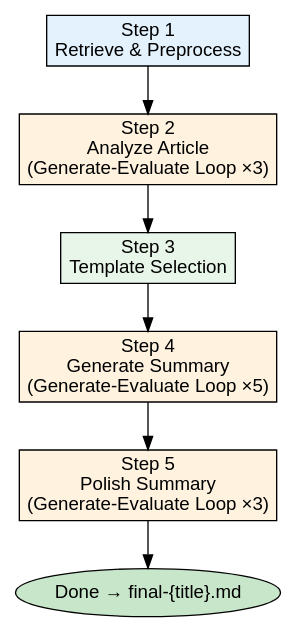
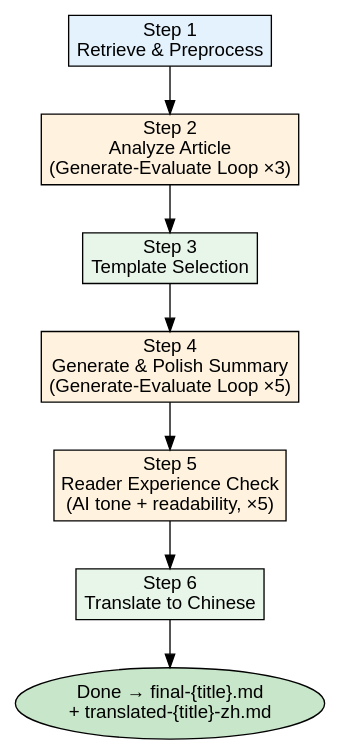
Before and after one commit to liuyanhui/yiyue31-skills: the first of 2 diagrams in yiyue31-summary/README.md, drawn with Graphviz. The commit also changed other lines of this file and 9 other files, not shown here.

````diff
--- a/yiyue31-summary/README.md
+++ b/yiyue31-summary/README.md
@@ -35,20 +35,22 @@
 ```dot
 digraph workflow {
     rankdir=TB;
     node [shape=box, style=filled, fillcolor="#f5f5f5", fontname="Arial"];
     edge [fontname="Arial", fontsize=10];
 
     step1 [label="Step 1\nRetrieve & Preprocess", fillcolor="#e3f2fd"];
     step2 [label="Step 2\nAnalyze Article\n(Generate-Evaluate Loop ×3)", fillcolor="#fff3e0"];
     step3 [label="Step 3\nTemplate Selection", fillcolor="#e8f5e9"];
-    step4 [label="Step 4\nGenerate Summary\n(Generate-Evaluate Loop ×5)", fillcolor="#fff3e0"];
-    step5 [label="Step 5\nPolish Summary\n(Generate-Evaluate Loop ×3)", fillcolor="#fff3e0"];
-    done [label="Done → final-{title}.md", shape=ellipse, fillcolor="#c8e6c9"];
+    step4 [label="Step 4\nGenerate & Polish Summary\n(Generate-Evaluate Loop ×5)", fillcolor="#fff3e0"];
+    step5 [label="Step 5\nReader Experience Check\n(AI tone + readability, ×5)", fillcolor="#fff3e0"];
+    step6 [label="Step 6\nTranslate to Chinese", fillcolor="#e8f5e9"];
+    done [label="Done → final-{title}.md\n+ translated-{title}-zh.md", shape=ellipse, fillcolor="#c8e6c9"];
 
     step1 -> step2;
     step2 -> step3;
     step3 -> step4;
     step4 -> step5;
-    step5 -> done;
+    step5 -> step6;
+    step6 -> done;
 }
 ```
````
